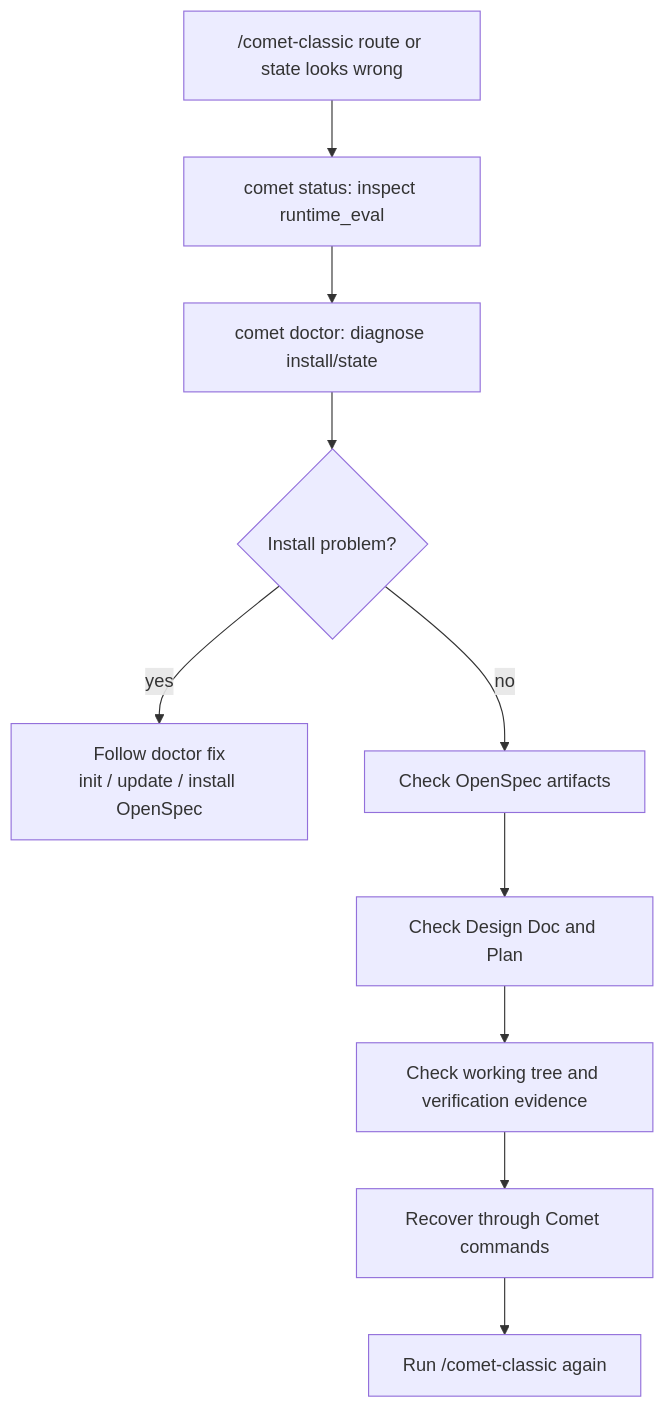
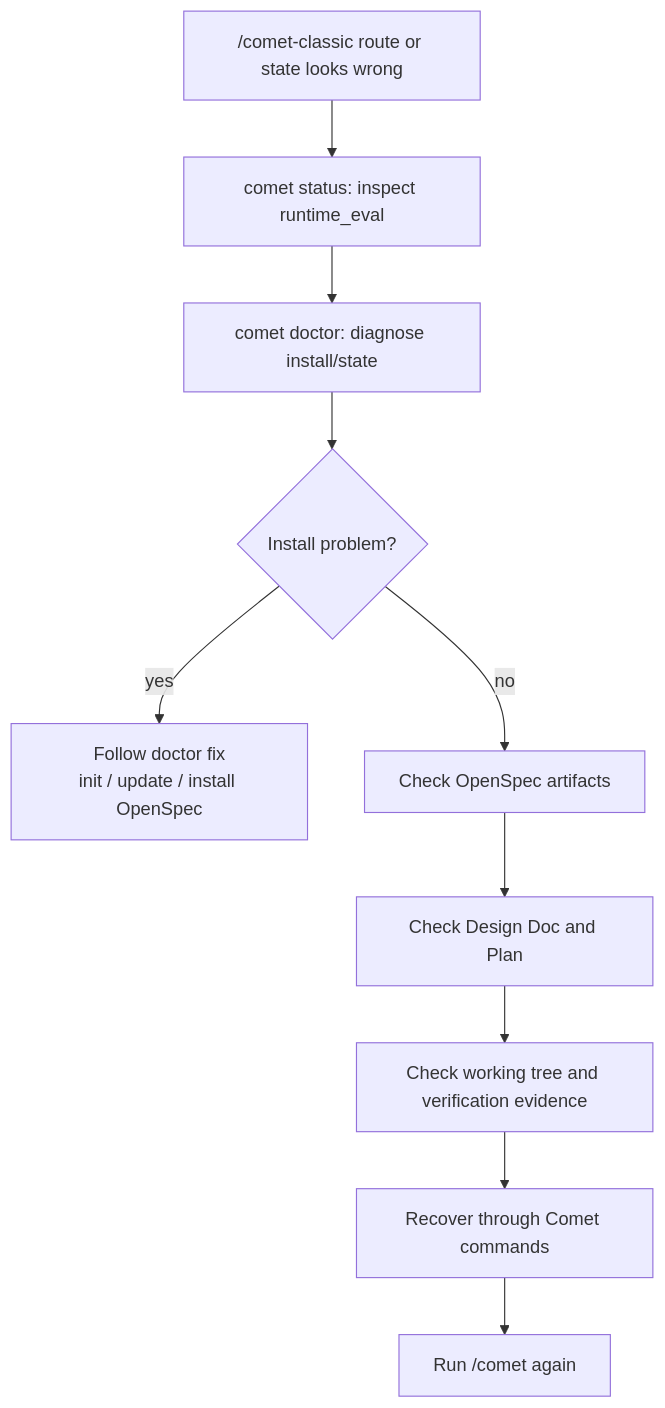
The diagram in en/guides/state-recovery.mdx (rpamis/comet-website-docs), drawn with Mermaid before and after one commit. The commit also changed other lines of this file and 85 other files, not shown here.

````diff
--- a/en/guides/state-recovery.mdx
+++ b/en/guides/state-recovery.mdx
@@ -80,12 +87,12 @@
 ```mermaid
 flowchart TD
   A["/comet-classic route or state looks wrong"] --> B["comet status: inspect runtime_eval"]
   B --> C["comet doctor: diagnose install/state"]
   C --> D{"Install problem?"}
   D -->|yes| E["Follow doctor fix\ninit / update / install OpenSpec"]
   D -->|no| F["Check OpenSpec artifacts"]
   F --> G["Check Design Doc and Plan"]
   G --> H["Check working tree and verification evidence"]
   H --> I["Recover through Comet commands"]
-  I --> J["Run /comet-classic again"]
+  I --> J["Run /comet again"]
 ```
````
